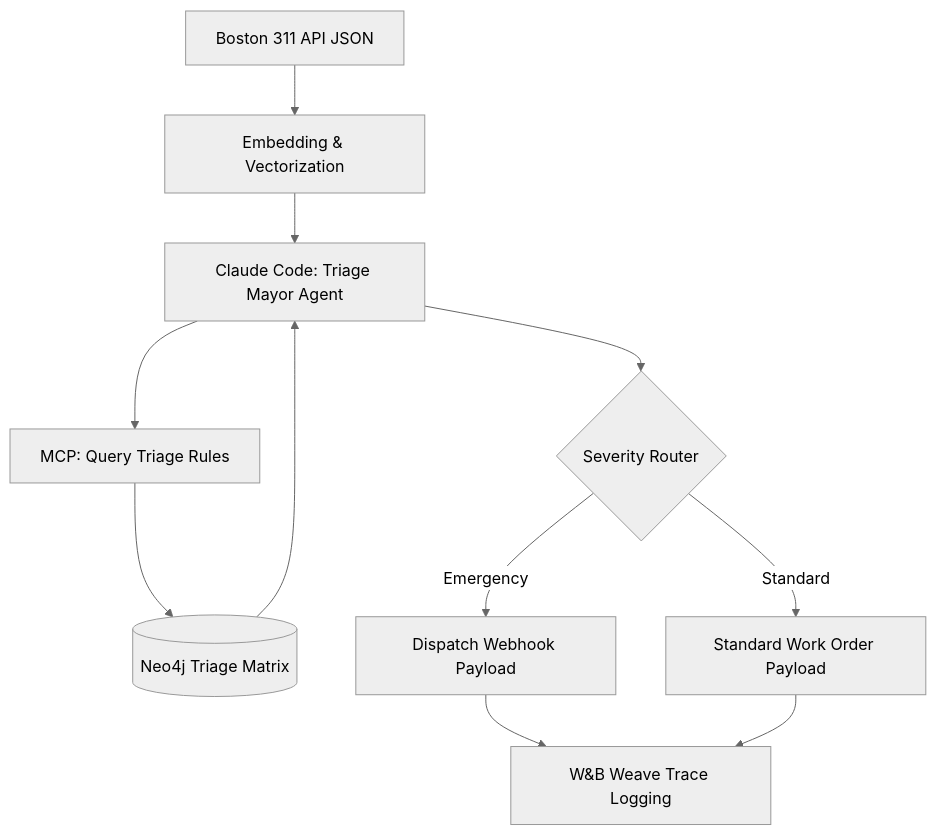
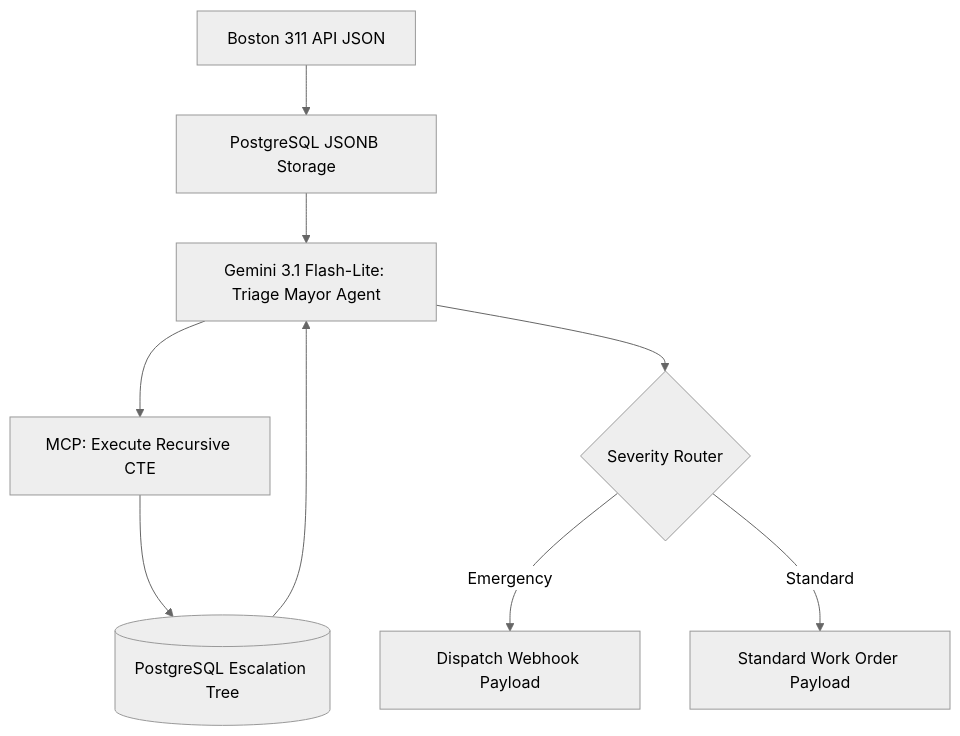
Before and after one commit to kaushalbalagurusamy/housing-agent-demo: the diagram in docs/phase_2_maintenance_triaging.md, drawn with Mermaid (neutral theme). The commit also changed other lines of this file and 4 other files, not shown here.

Commit message:
docs: pivot to PostgreSQL architecture and Gemini 3.1 Flash-Lite agents

````diff
--- a/docs/phase_2_maintenance_triaging.md
+++ b/docs/phase_2_maintenance_triaging.md
@@ -33,13 +33,11 @@
 ```mermaid
 graph TD
-    A[Boston 311 API JSON] --> B[Embedding & Vectorization]
-    B --> C[Claude Code: Triage Mayor Agent]
-    C --> D[MCP: Query Triage Rules]
-    D --> E[(Neo4j Triage Matrix)]
+    A[Boston 311 API JSON] --> B[PostgreSQL JSONB Storage]
+    B --> C[Gemini 3.1 Flash-Lite: Triage Mayor Agent]
+    C --> D[MCP: Execute Recursive CTE]
+    D --> E[(PostgreSQL Escalation Tree)]
     E --> C
     C --> F{Severity Router}
     F -->|Emergency| G[Dispatch Webhook Payload]
     F -->|Standard| H[Standard Work Order Payload]
-    G --> I[W&B Weave Trace Logging]
-    H --> I
 ```
````
